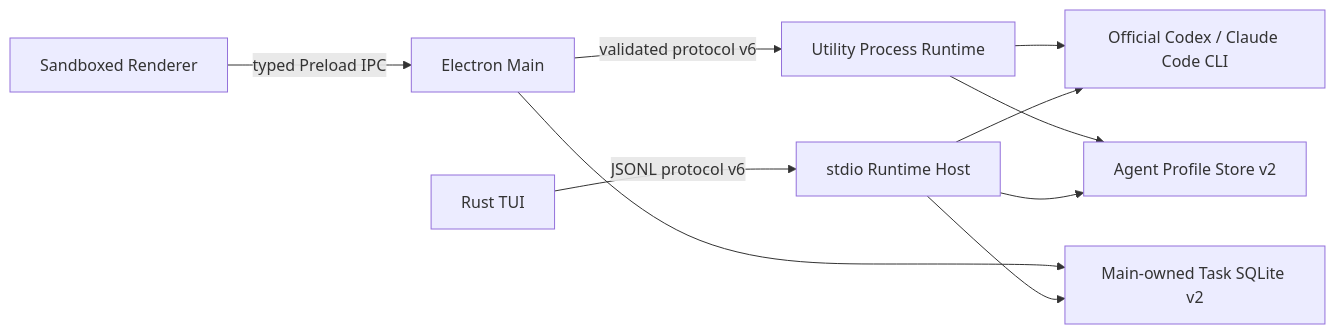
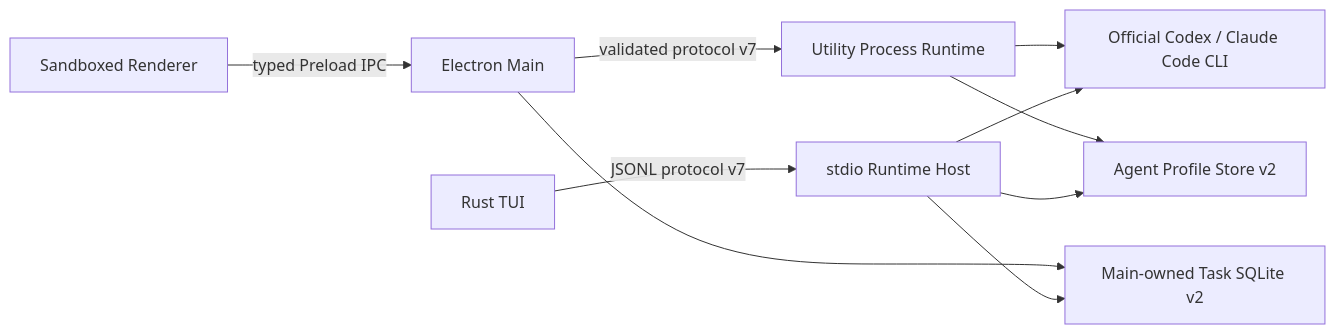
One commit to spencer17x/rux changed the first of 2 diagrams in docs/desktop-architecture.md. Above: the diagram before and after it, drawn with Mermaid. The commit also changed other lines of this file and 41 other files, not shown here.

````diff
--- a/docs/desktop-architecture.md
+++ b/docs/desktop-architecture.md
@@ -10,12 +10,12 @@
 ```mermaid
 flowchart LR
   UI["Sandboxed Renderer"] -->|"typed Preload IPC"| Main["Electron Main"]
-  Main -->|"validated protocol v6"| Runtime["Utility Process Runtime"]
-  TUI["Rust TUI"] -->|"JSONL protocol v6"| Host["stdio Runtime Host"]
+  Main -->|"validated protocol v7"| Runtime["Utility Process Runtime"]
+  TUI["Rust TUI"] -->|"JSONL protocol v7"| Host["stdio Runtime Host"]
   Runtime --> CLI["Official Codex / Claude Code CLI"]
   Host --> CLI
   Main --> Tasks["Main-owned Task SQLite v2"]
   Runtime --> Profiles["Agent Profile Store v2"]
   Host --> Profiles
   Host --> Tasks
 ```
````
